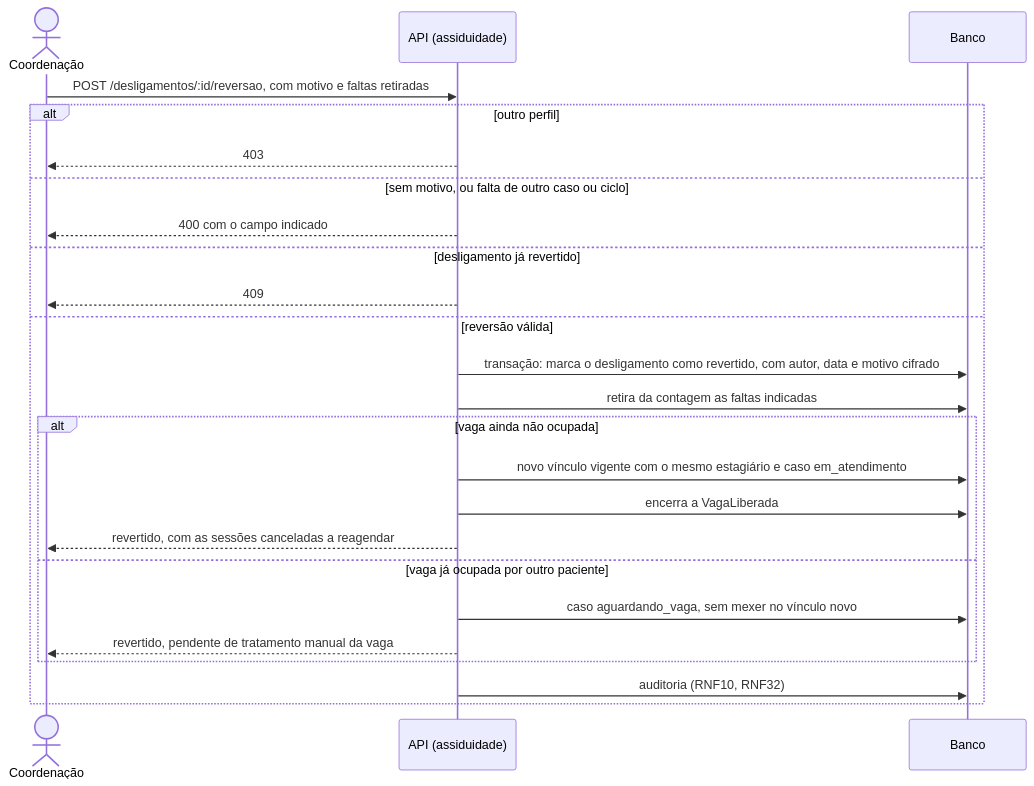
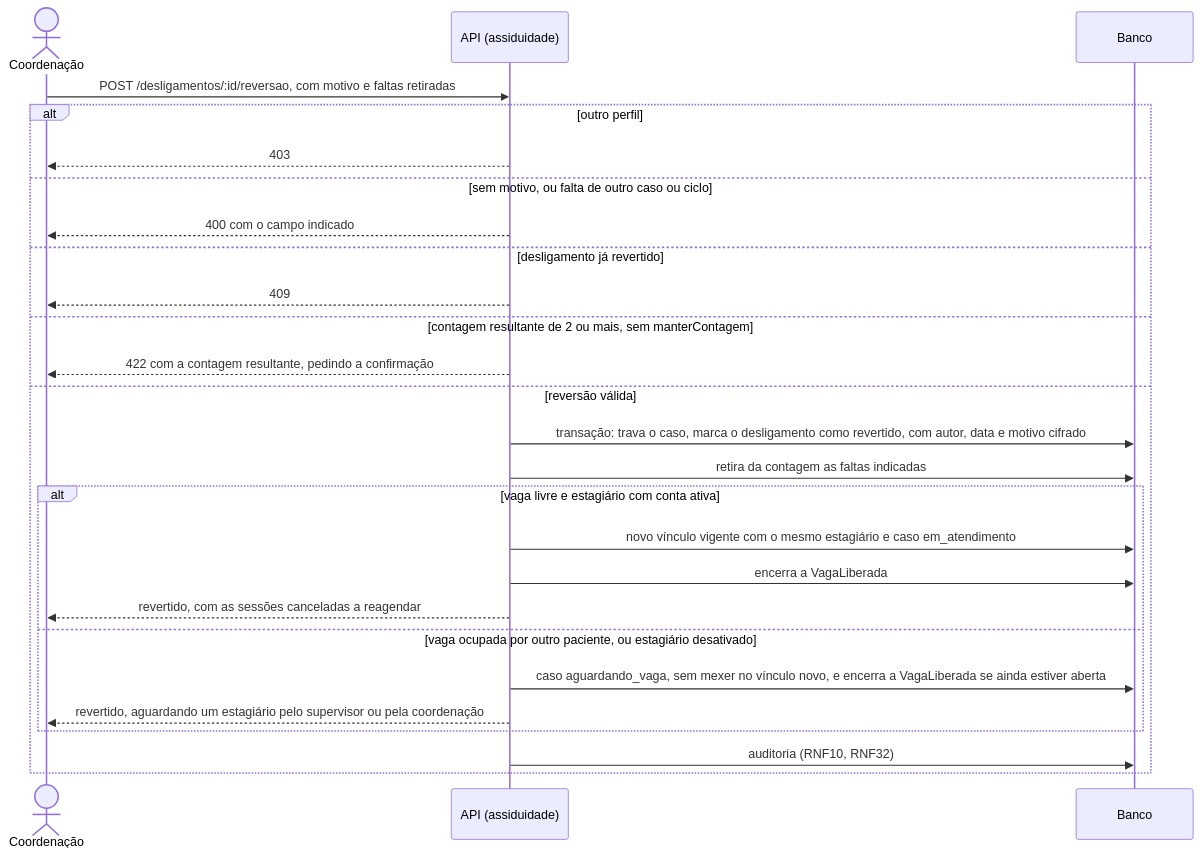
One commit to mdsreq-fga-unb/REQ-2026.2-T02-ClinicaEscolaFBr changed diagram 24 of 24 in documentacao/docs/unidade-3/projeto-features-ciclo-4.md. Above: the diagram before and after it, drawn with Mermaid. The commit also changed other lines of this file and 1 other file, not shown here.

````diff
--- a/documentacao/docs/unidade-3/projeto-features-ciclo-4.md
+++ b/documentacao/docs/unidade-3/projeto-features-ciclo-4.md
@@ -1008,26 +1026,28 @@
 ```mermaid
 sequenceDiagram
     actor C as Coordenação
     participant A as API (assiduidade)
     participant DB as Banco
     C->>A: POST /desligamentos/:id/reversao, com motivo e faltas retiradas
     alt outro perfil
         A-->>C: 403
     else sem motivo, ou falta de outro caso ou ciclo
         A-->>C: 400 com o campo indicado
     else desligamento já revertido
         A-->>C: 409
+    else contagem resultante de 2 ou mais, sem manterContagem
+        A-->>C: 422 com a contagem resultante, pedindo a confirmação
     else reversão válida
-        A->>DB: transação: marca o desligamento como revertido, com autor, data e motivo cifrado
+        A->>DB: transação: trava o caso, marca o desligamento como revertido, com autor, data e motivo cifrado
         A->>DB: retira da contagem as faltas indicadas
-        alt vaga ainda não ocupada
+        alt vaga livre e estagiário com conta ativa
             A->>DB: novo vínculo vigente com o mesmo estagiário e caso em_atendimento
             A->>DB: encerra a VagaLiberada
             A-->>C: revertido, com as sessões canceladas a reagendar
-        else vaga já ocupada por outro paciente
-            A->>DB: caso aguardando_vaga, sem mexer no vínculo novo
-            A-->>C: revertido, pendente de tratamento manual da vaga
+        else vaga ocupada por outro paciente, ou estagiário desativado
+            A->>DB: caso aguardando_vaga, sem mexer no vínculo novo, e encerra a VagaLiberada se ainda estiver aberta
+            A-->>C: revertido, aguardando um estagiário pelo supervisor ou pela coordenação
         end
         A->>DB: auditoria (RNF10, RNF32)
     end
 ```
````
